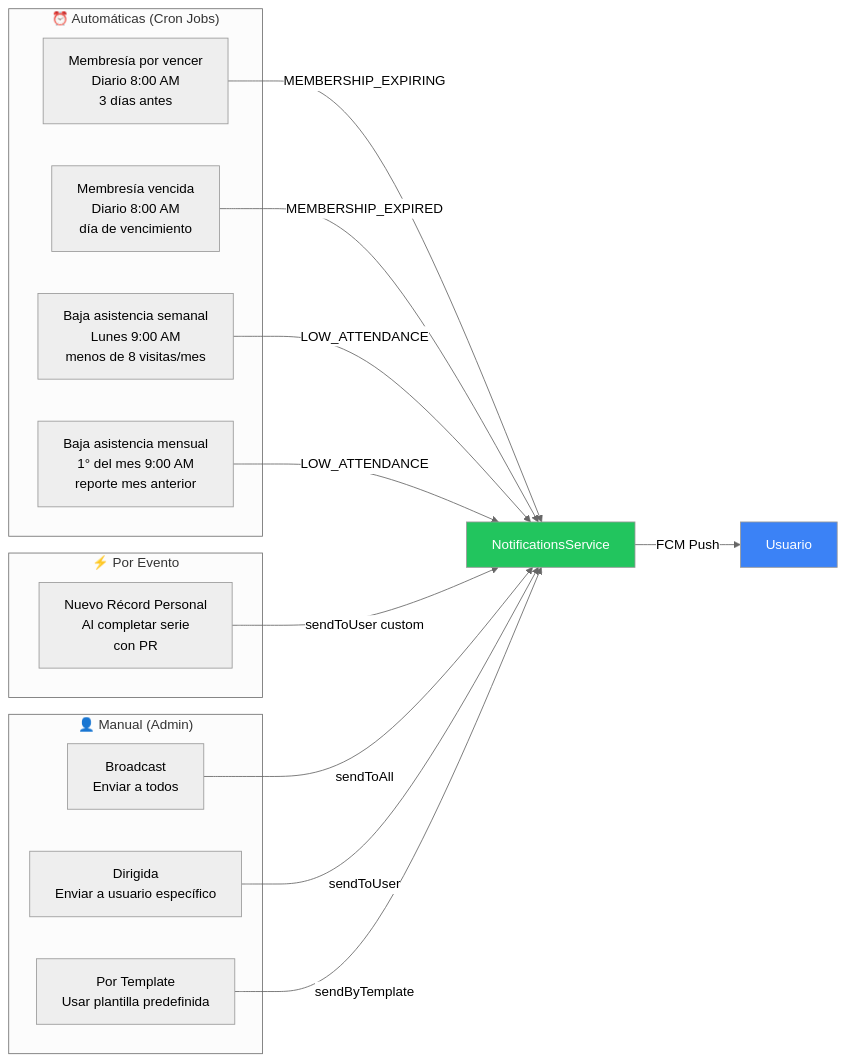
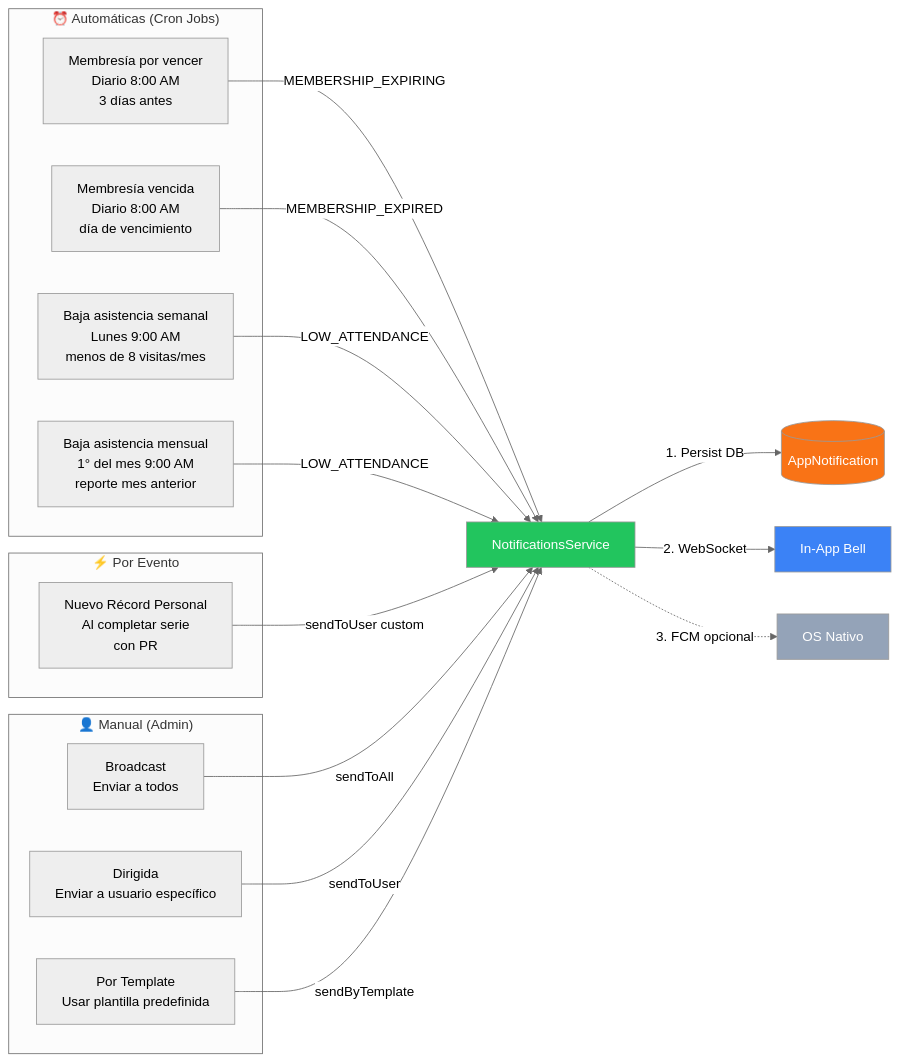
Before and after one commit to fedebracesco1990/fitflow: the fifth of 9 diagrams in docs/NOTIFICATIONS_FLOW.md, drawn with Mermaid (neutral theme). The commit also changed other lines of this file, not shown here.

First line of the commit message:
docs: update notifications flow documentation to reflect backend-first architecture

````diff
--- a/docs/NOTIFICATIONS_FLOW.md
+++ b/docs/NOTIFICATIONS_FLOW.md
@@ -164,33 +178,37 @@
 ```mermaid
 flowchart LR
     subgraph Automaticas["⏰ Automáticas (Cron Jobs)"]
         C1[Membresía por vencer<br/>Diario 8:00 AM<br/>3 días antes]
         C2[Membresía vencida<br/>Diario 8:00 AM<br/>día de vencimiento]
         C3[Baja asistencia semanal<br/>Lunes 9:00 AM<br/>menos de 8 visitas/mes]
         C4[Baja asistencia mensual<br/>1° del mes 9:00 AM<br/>reporte mes anterior]
     end
 
     subgraph Evento["⚡ Por Evento"]
         E1[Nuevo Récord Personal<br/>Al completar serie<br/>con PR]
     end
 
     subgraph Manual["👤 Manual (Admin)"]
         M1[Broadcast<br/>Enviar a todos]
         M2[Dirigida<br/>Enviar a usuario específico]
         M3[Por Template<br/>Usar plantilla predefinida]
     end
 
     C1 -->|MEMBERSHIP_EXPIRING| T[NotificationsService]
     C2 -->|MEMBERSHIP_EXPIRED| T
     C3 -->|LOW_ATTENDANCE| T
     C4 -->|LOW_ATTENDANCE| T
     E1 -->|sendToUser custom| T
     M1 -->|sendToAll| T
     M2 -->|sendToUser| T
     M3 -->|sendByTemplate| T
 
-    T -->|FCM Push| U[Usuario]
+    T -->|1. Persist DB| U[(AppNotification)]
+    T -->|2. WebSocket| V[In-App Bell]
+    T -.->|3. FCM opcional| W[OS Nativo]
 
     style T fill:#22c55e,color:#fff
-    style U fill:#3b82f6,color:#fff
+    style U fill:#f97316,color:#fff
+    style V fill:#3b82f6,color:#fff
+    style W fill:#94a3b8,color:#fff
 ```
````
